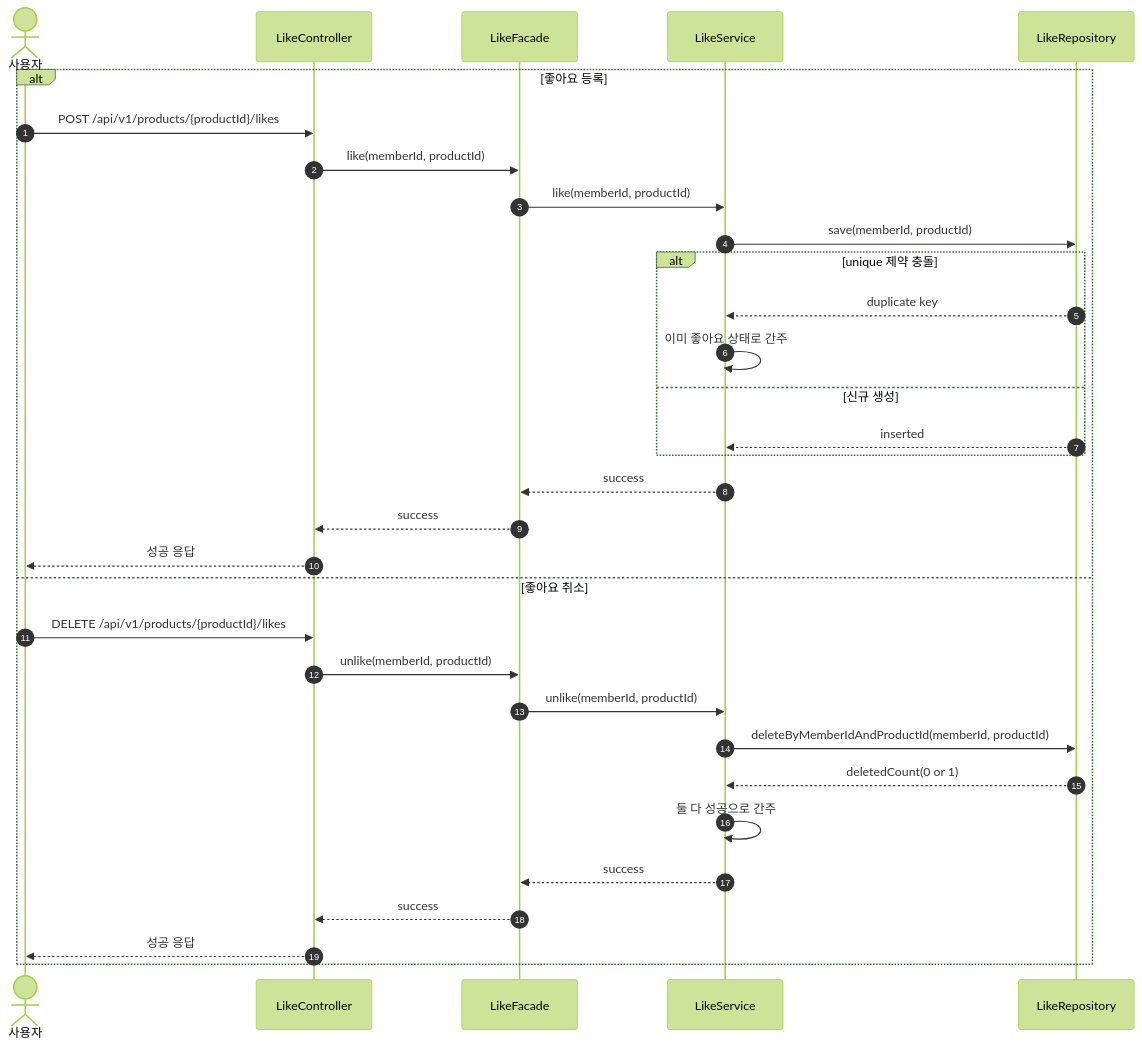
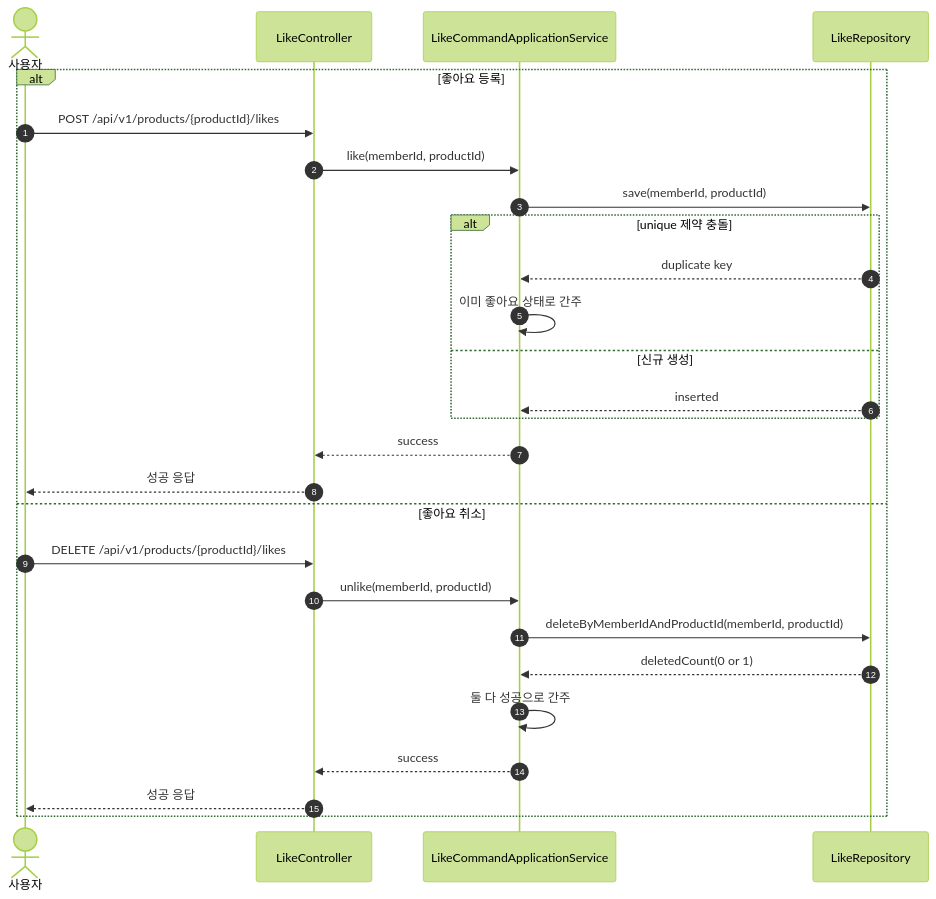
One commit to loopers-labs/loop-pack-be-l2-vol4-kotlin changed the diagram in docs/week2/06-sequence-like-command.md. Above: the diagram before and after it, drawn with Mermaid (forest theme). The commit also changed other lines of this file and 9 other files, not shown here.

Commit message:
docs: application service 와 domain service 분리에 따른 문서 수정

````diff
--- a/docs/week2/06-sequence-like-command.md
+++ b/docs/week2/06-sequence-like-command.md
@@ -10,35 +10,30 @@
 ```mermaid
 sequenceDiagram
     autonumber
     actor User as 사용자
     participant LikeController as LikeController
-    participant LikeFacade as LikeFacade
-    participant LikeService as LikeService
+    participant LikeAppService as LikeCommandApplicationService
     participant LikeRepo as LikeRepository
 
     alt 좋아요 등록
         User->>LikeController: POST /api/v1/products/{productId}/likes
-        LikeController->>LikeFacade: like(memberId, productId)
-        LikeFacade->>LikeService: like(memberId, productId)
-        LikeService->>LikeRepo: save(memberId, productId)
+        LikeController->>LikeAppService: like(memberId, productId)
+        LikeAppService->>LikeRepo: save(memberId, productId)
         alt unique 제약 충돌
-            LikeRepo-->>LikeService: duplicate key
-            LikeService->>LikeService: 이미 좋아요 상태로 간주
+            LikeRepo-->>LikeAppService: duplicate key
+            LikeAppService->>LikeAppService: 이미 좋아요 상태로 간주
         else 신규 생성
-            LikeRepo-->>LikeService: inserted
+            LikeRepo-->>LikeAppService: inserted
         end
-        LikeService-->>LikeFacade: success
-        LikeFacade-->>LikeController: success
+        LikeAppService-->>LikeController: success
         LikeController-->>User: 성공 응답
     else 좋아요 취소
         User->>LikeController: DELETE /api/v1/products/{productId}/likes
-        LikeController->>LikeFacade: unlike(memberId, productId)
-        LikeFacade->>LikeService: unlike(memberId, productId)
-        LikeService->>LikeRepo: deleteByMemberIdAndProductId(memberId, productId)
-        LikeRepo-->>LikeService: deletedCount(0 or 1)
-        LikeService->>LikeService: 둘 다 성공으로 간주
-        LikeService-->>LikeFacade: success
-        LikeFacade-->>LikeController: success
+        LikeController->>LikeAppService: unlike(memberId, productId)
+        LikeAppService->>LikeRepo: deleteByMemberIdAndProductId(memberId, productId)
+        LikeRepo-->>LikeAppService: deletedCount(0 or 1)
+        LikeAppService->>LikeAppService: 둘 다 성공으로 간주
+        LikeAppService-->>LikeController: success
         LikeController-->>User: 성공 응답
     end
 ```
````
